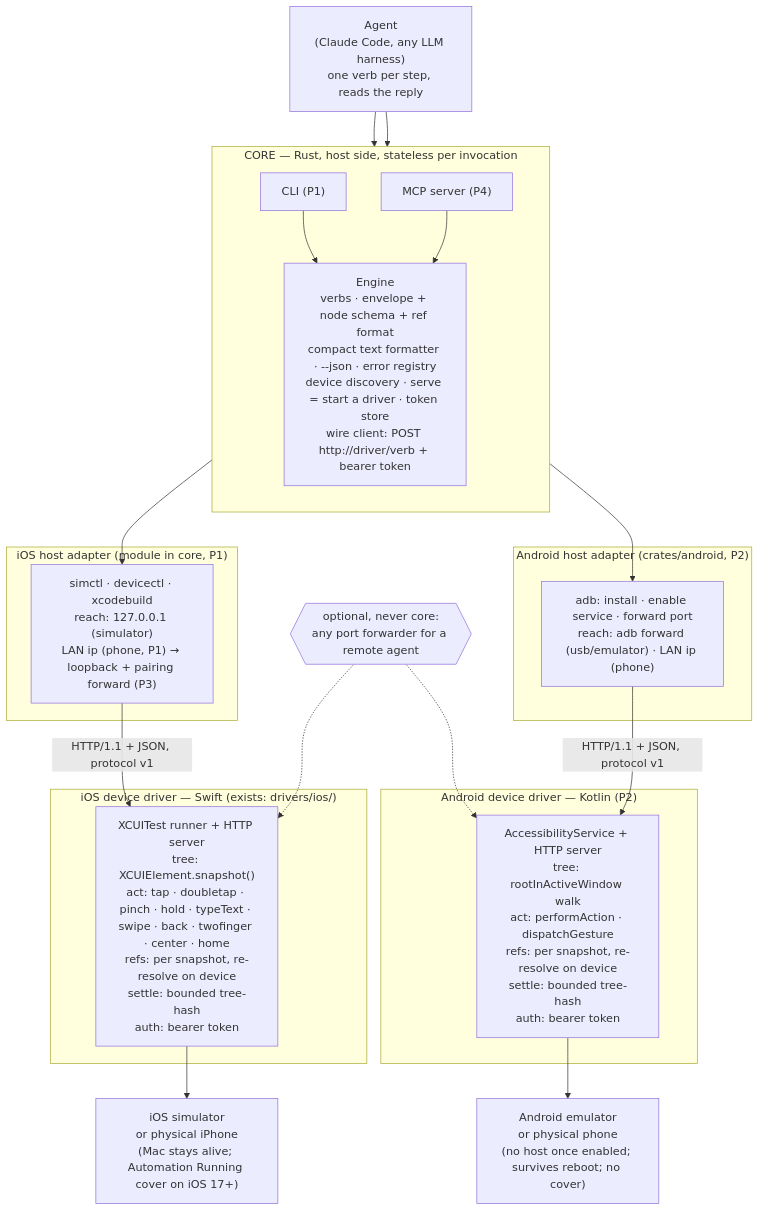
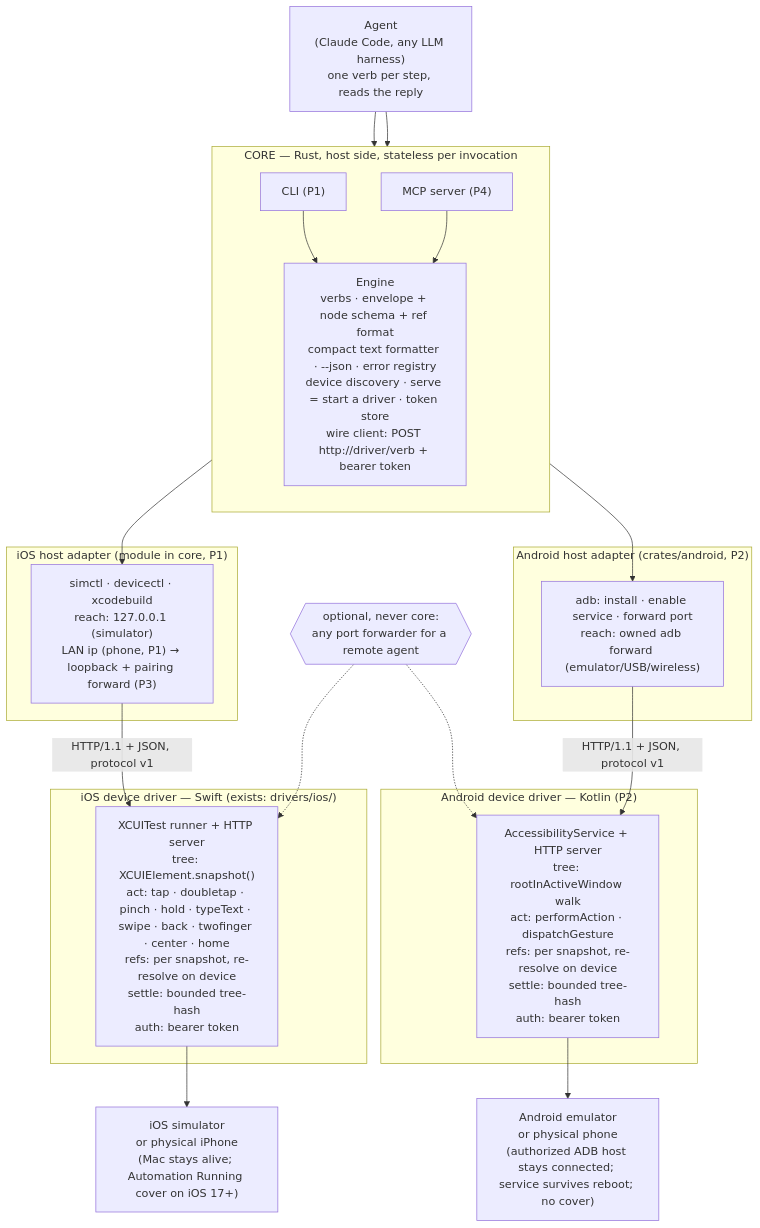
Before and after one commit to lahfir/agent-mobile: the diagram in docs/PRD.md, drawn with Mermaid. The commit also changed other lines of this file and 4 other files, not shown here.

````diff
--- a/docs/PRD.md
+++ b/docs/PRD.md
@@ -60,45 +62,45 @@
 ```mermaid
 flowchart TB
     AGENT["Agent<br/>(Claude Code, any LLM harness)<br/>one verb per step, reads the reply"]
 
     subgraph CORE["CORE — Rust, host side, stateless per invocation"]
         direction TB
         CLI["CLI (P1)"]
         MCP["MCP server (P4)"]
         ENGINE["Engine<br/>verbs · envelope + node schema + ref format<br/>compact text formatter · --json · error registry<br/>device discovery · serve = start a driver · token store<br/>wire client: POST http://driver/verb + bearer token"]
         CLI --> ENGINE
         MCP --> ENGINE
     end
 
     subgraph IOSHOST["iOS host adapter (module in core, P1)"]
         IOSA["simctl · devicectl · xcodebuild<br/>reach: 127.0.0.1 (simulator)<br/>LAN ip (phone, P1) → loopback + pairing forward (P3)"]
     end
 
     subgraph ANDHOST["Android host adapter (crates/android, P2)"]
-        ANDA["adb: install · enable service · forward port<br/>reach: adb forward (usb/emulator) · LAN ip (phone)"]
+        ANDA["adb: install · enable service · forward port<br/>reach: owned adb forward (emulator/USB/wireless)"]
     end
 
     TUNNEL{{"optional, never core:<br/>any port forwarder for a remote agent"}}
 
     subgraph IOSDRV["iOS device driver — Swift (exists: drivers/ios/)"]
         IOSD["XCUITest runner + HTTP server<br/>tree: XCUIElement.snapshot()<br/>act: tap · doubletap · pinch · hold · typeText · swipe · back · twofinger · center · home<br/>refs: per snapshot, re-resolve on device<br/>settle: bounded tree-hash<br/>auth: bearer token"]
     end
 
     subgraph ANDDRV["Android device driver — Kotlin (P2)"]
         ANDD["AccessibilityService + HTTP server<br/>tree: rootInActiveWindow walk<br/>act: performAction · dispatchGesture<br/>refs: per snapshot, re-resolve on device<br/>settle: bounded tree-hash<br/>auth: bearer token"]
     end
 
     IOSDEV["iOS simulator<br/>or physical iPhone<br/>(Mac stays alive; Automation Running cover on iOS 17+)"]
-    ANDDEV["Android emulator<br/>or physical phone<br/>(no host once enabled; survives reboot; no cover)"]
+    ANDDEV["Android emulator<br/>or physical phone<br/>(authorized ADB host stays connected; service survives reboot; no cover)"]
 
     AGENT --> CLI
     AGENT --> MCP
     ENGINE --> IOSA
     ENGINE --> ANDA
     IOSA -- "HTTP/1.1 + JSON, protocol v1" --> IOSD
     ANDA -- "HTTP/1.1 + JSON, protocol v1" --> ANDD
     TUNNEL -.-> IOSD
     TUNNEL -.-> ANDD
     IOSD --> IOSDEV
     ANDD --> ANDDEV
 ```
````
